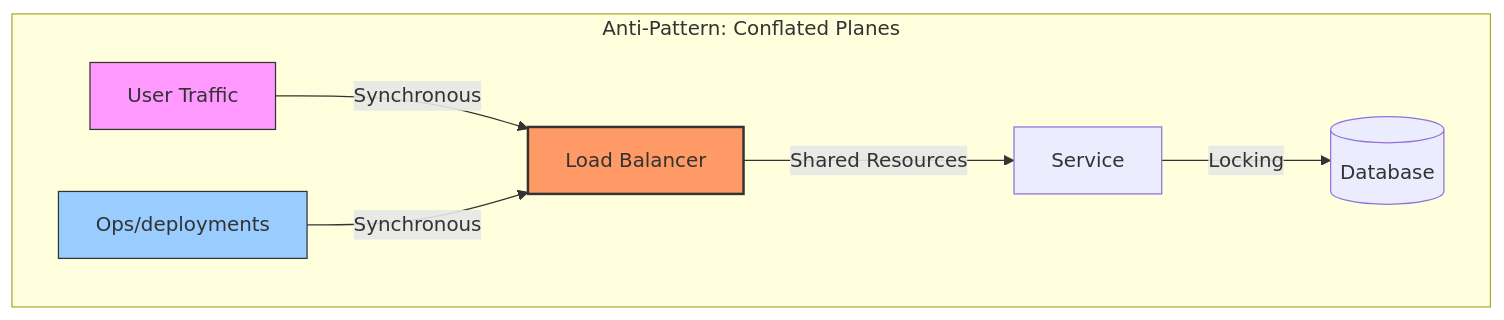
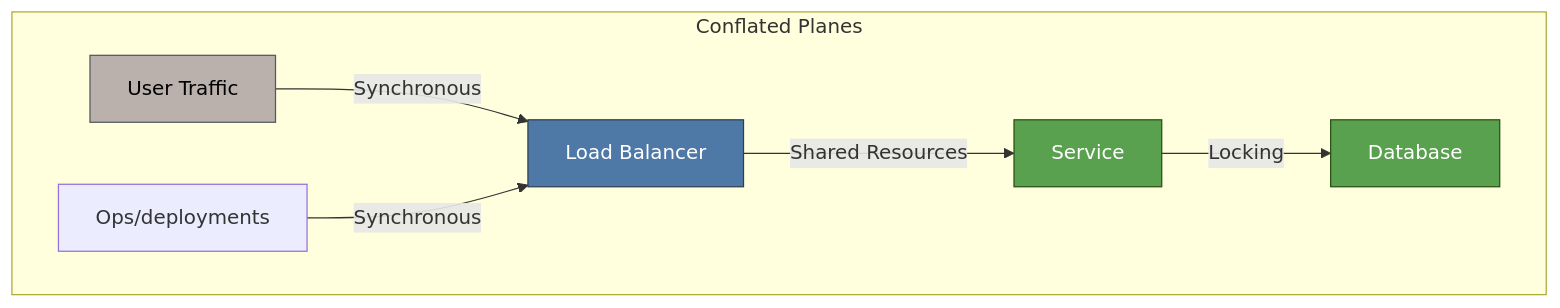
Before and after one commit to gchaitanyabharath9/omnigcloud: the first of 11 diagrams in src/app/[locale]/research/papers/a1-cloud-native-enterprise-reference/A1-PAPER-FULL.md, drawn with Mermaid. The commit also changed other lines of this file and 40 other files, not shown here.

````diff
--- a/src/app/[locale]/research/papers/a1-cloud-native-enterprise-reference/A1-PAPER-FULL.md
+++ b/src/app/[locale]/research/papers/a1-cloud-native-enterprise-reference/A1-PAPER-FULL.md
@@ -54,12 +105,20 @@
 ```mermaid
 graph TD
-    subgraph "Anti-Pattern: Conflated Planes"
-        Traffic[User Traffic] -->|Synchronous| LB[Load Balancer]
-        Ops[Ops/deployments] -->|Synchronous| LB
-        LB -->|Shared Resources| Svc[Service]
-        Svc -->|Locking| DB[(Database)]
-        style LB fill:#f96,stroke:#333,stroke-width:2px
-        style Traffic fill:#f9f,stroke:#333
-        style Ops fill:#9cf,stroke:#333
+    classDef Control fill:#4E79A7,stroke:#2C3E50,color:#fff;
+    classDef Data fill:#59A14F,stroke:#274E13,color:#fff;
+    classDef Policy fill:#9C6ADE,stroke:#4B0082,color:#fff;
+    classDef Obs fill:#F28E2B,stroke:#8B4513,color:#fff;
+    classDef Risk fill:#E15759,stroke:#7B241C,color:#fff;
+    classDef State fill:#76B7B2,stroke:#0E6251,color:#fff;
+    classDef Actor fill:#BAB0AC,stroke:#515A5A,color:#000;
+    subgraph AntiPattern ["Conflated Planes"]
+    Traffic["User Traffic"] -->|Synchronous| LB["Load Balancer"]
+    Ops["Ops/deployments"] -->|Synchronous| LB
+    LB -->|Shared Resources| Svc["Service"]
+    Svc -->|Locking| DB["Database"]
     end
+    class Traffic Actor;
+    class LB Control;
+    class Svc Data;
+    class DB Data;
 ```
````
